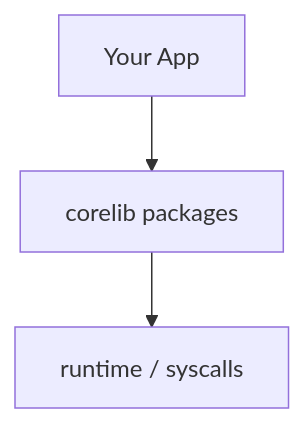
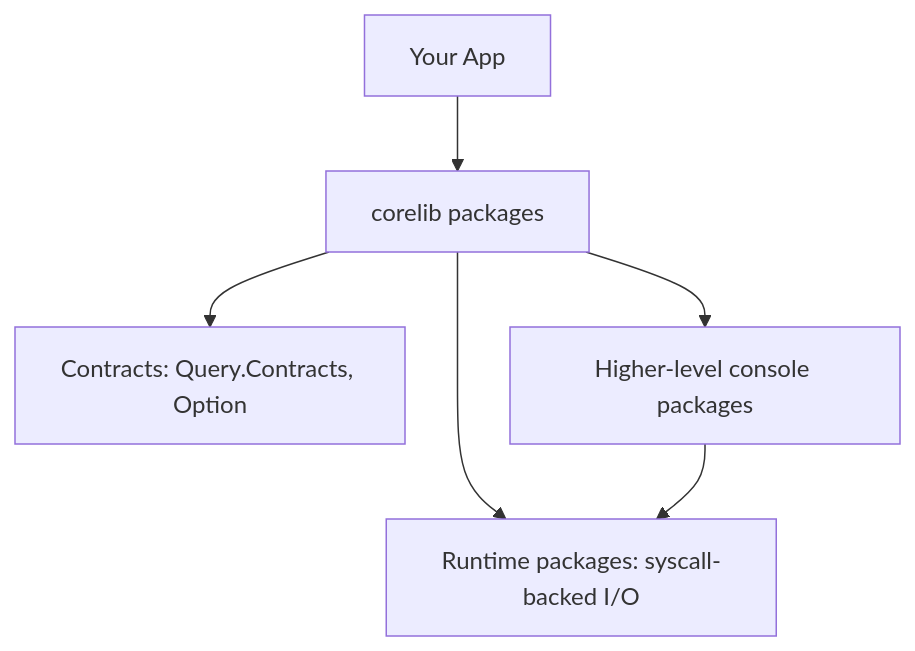
The diagram in site/website/src/content/docs/book/04-where-does-this-file-go/corelib-layout.md (Cyber-Nomad-Collective/beskid), drawn with Mermaid before and after one commit. The commit also changed other lines of this file and 60 other files, not shown here.

````diff
--- a/site/website/src/content/docs/book/04-where-does-this-file-go/corelib-layout.md
+++ b/site/website/src/content/docs/book/04-where-does-this-file-go/corelib-layout.md
@@ -26,5 +26,10 @@
 ```mermaid
 flowchart TD
+  accTitle: Corelib layout
+  accDescr: Your application depends on corelib packages, which split into contract packages, higher-level console packages and syscall-backed runtime packages.
   APP[Your App] --> CL[corelib packages]
-  CL --> RT[runtime / syscalls]
+  CL --> CT["Contracts: Query.Contracts, Option"]
+  CL --> CO[Higher-level console packages]
+  CL --> RT["Runtime packages: syscall-backed I/O"]
+  CO --> RT
 ```
````
